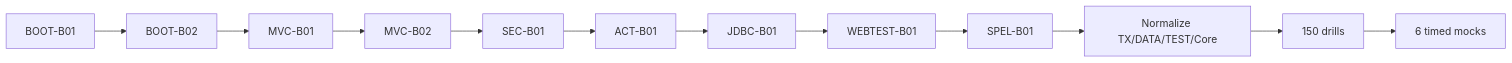
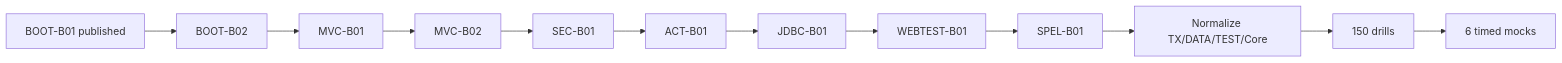
One commit to alimbetov/obsidian changed the diagram in 30_CERTIFICATIONS/Spring/2V0-72.22/Spring 99 Percent Master Roadmap.md. Above: the diagram before and after it, drawn with Mermaid. The commit also changed other lines of this file, not shown here.

Commit message:
docs: record SPRING-BOOT-B01 progress in master roadmap

````diff
--- a/30_CERTIFICATIONS/Spring/2V0-72.22/Spring 99 Percent Master Roadmap.md
+++ b/30_CERTIFICATIONS/Spring/2V0-72.22/Spring 99 Percent Master Roadmap.md
@@ -373,14 +345,14 @@
 ```mermaid
 flowchart LR
-    BOOT1["BOOT-B01"] --> BOOT2["BOOT-B02"]
+    DONE["BOOT-B01 published"] --> BOOT2["BOOT-B02"]
     BOOT2 --> MVC1["MVC-B01"]
     MVC1 --> MVC2["MVC-B02"]
     MVC2 --> SEC["SEC-B01"]
     SEC --> ACT["ACT-B01"]
     ACT --> JDBC["JDBC-B01"]
     JDBC --> WEBTEST["WEBTEST-B01"]
     WEBTEST --> SPEL["SPEL-B01"]
     SPEL --> NORMALIZE["Normalize TX/DATA/TEST/Core"]
     NORMALIZE --> DRILLS["150 drills"]
     DRILLS --> MOCKS["6 timed mocks"]
 ```
````
